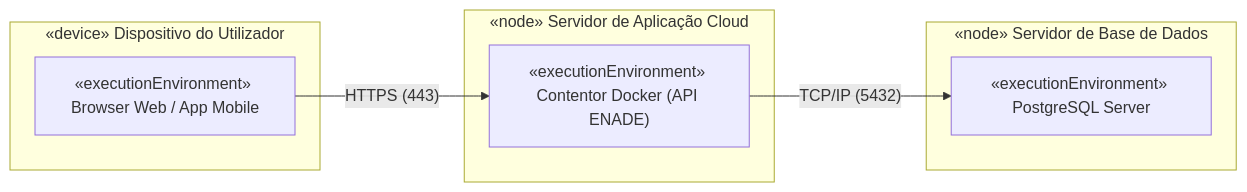
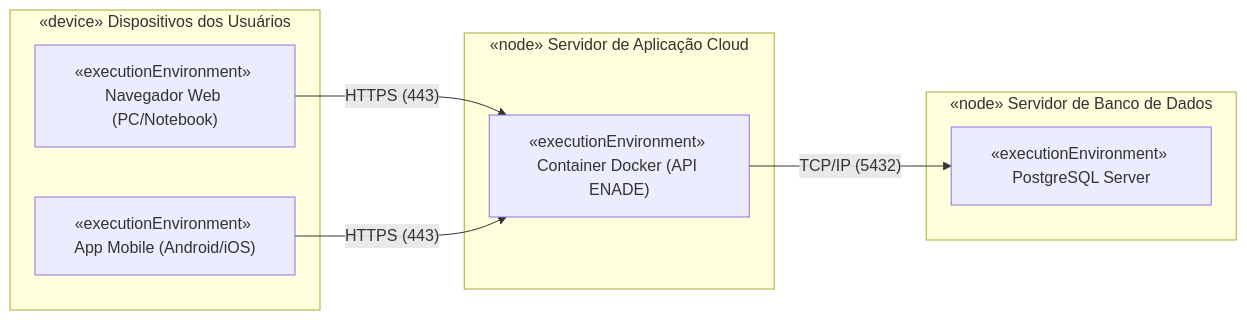
Before and after one commit to joaohgabriell/sistema-apoio-enade-unifor: the third of 3 diagrams in README.md, drawn with Mermaid. The commit also changed other lines of this file, not shown here.

```diff
--- a/README.md
+++ b/README.md
@@ -131,15 +144,17 @@
 ~~~mermaid
 flowchart LR
-    subgraph Cliente ["«device» Dispositivo do Utilizador"]
-        Nav["«executionEnvironment» Browser Web / App Mobile"]
+    subgraph Cliente ["«device» Dispositivos dos Usuários"]
+        Nav["«executionEnvironment» Navegador Web (PC/Notebook)"]
+        App["«executionEnvironment» App Mobile (Android/iOS)"]
     end
     subgraph Nuvem ["«node» Servidor de Aplicação Cloud"]
-        Container["«executionEnvironment» Contentor Docker (API ENADE)"]
+        Container["«executionEnvironment» Container Docker (API ENADE)"]
     end
-    subgraph BaseDados ["«node» Servidor de Base de Dados"]
+    subgraph BaseDados ["«node» Servidor de Banco de Dados"]
         PG["«executionEnvironment» PostgreSQL Server"]
     end
 
     Nav -- "HTTPS (443)" --> Container
+    App -- "HTTPS (443)" --> Container
     Container -- "TCP/IP (5432)" --> PG
 ~~~
```
